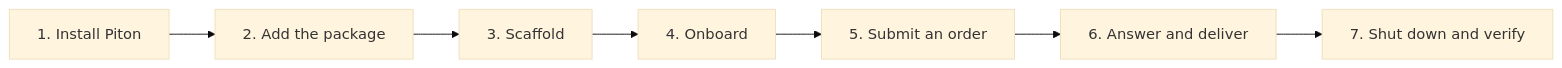
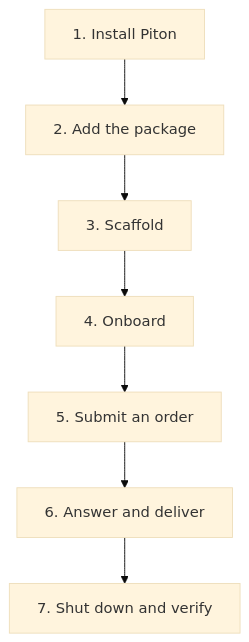
Before and after one commit to piton-lang/factory: the diagram in docs/src/content/docs/tutorial/index.md, drawn with Mermaid (base theme). The commit also changed other lines of this file and 37 other files, not shown here.

````diff
--- a/docs/src/content/docs/tutorial/index.md
+++ b/docs/src/content/docs/tutorial/index.md
@@ -13,9 +15,9 @@
 ```mermaid
-flowchart LR
+flowchart TD
     S1["1. Install Piton"] --> S2["2. Add the package"]
     S2 --> S3["3. Scaffold"]
     S3 --> S4["4. Onboard"]
     S4 --> S5["5. Submit an order"]
     S5 --> S6["6. Answer and deliver"]
     S6 --> S7["7. Shut down and verify"]
 ```
````
